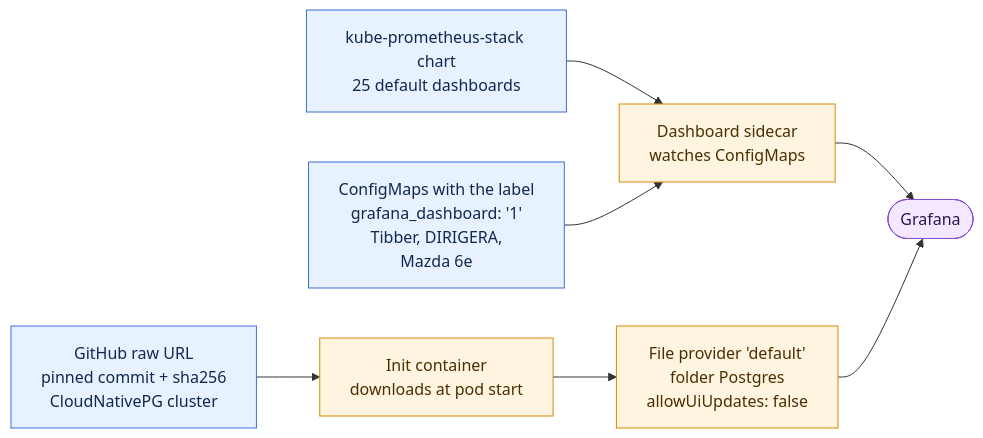
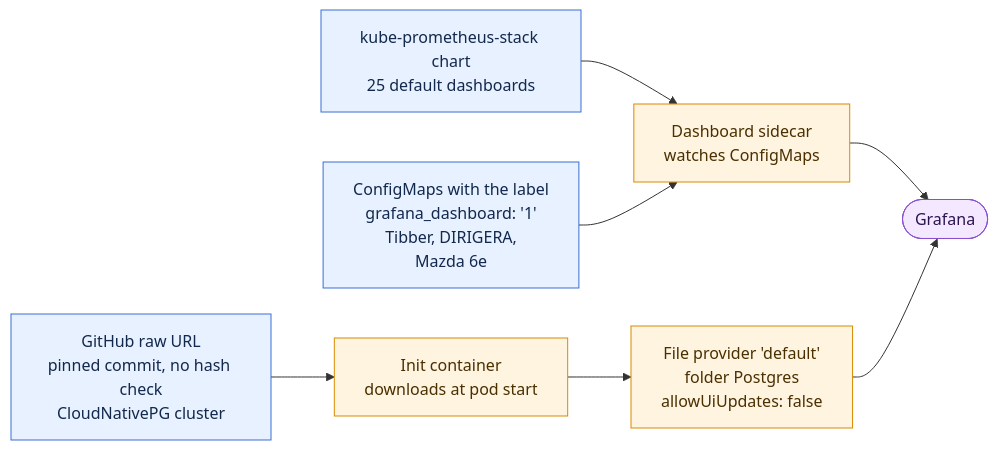
The second of 3 diagrams in docs/tech/monitoring.md (Yornik/sharkshere-gitops), drawn with Mermaid before and after one commit. The commit also changed other lines of this file, not shown here.

First line of the commit message:
docs(monitoring): correct errors found by an independent fact-check

````diff
--- a/docs/tech/monitoring.md
+++ b/docs/tech/monitoring.md
@@ -287,22 +312,22 @@
 ```mermaid
 flowchart LR
   classDef src fill:#e8f1ff,stroke:#3b6fd4,color:#12284c
   classDef mech fill:#fff4e0,stroke:#d98a00,color:#4a2f00
   classDef ui fill:#f3e8ff,stroke:#8a4fd1,color:#2d1250
 
   Chart["kube-prometheus-stack chart<br/>25 default dashboards"]:::src
   CM["ConfigMaps with the label<br/>grafana_dashboard: '1'<br/>Tibber, DIRIGERA,<br/>Mazda 6e"]:::src
-  URL["GitHub raw URL<br/>pinned commit + sha256<br/>CloudNativePG cluster"]:::src
+  URL["GitHub raw URL<br/>pinned commit, no hash check<br/>CloudNativePG cluster"]:::src
 
   Side["Dashboard sidecar<br/>watches ConfigMaps"]:::mech
   Init["Init container<br/>downloads at pod start"]:::mech
   Prov["File provider 'default'<br/>folder Postgres<br/>allowUiUpdates: false"]:::mech
 
   Graf(["Grafana"]):::ui
 
   Chart --> Side
   CM --> Side
   URL --> Init --> Prov
   Side --> Graf
   Prov --> Graf
 ```
````
